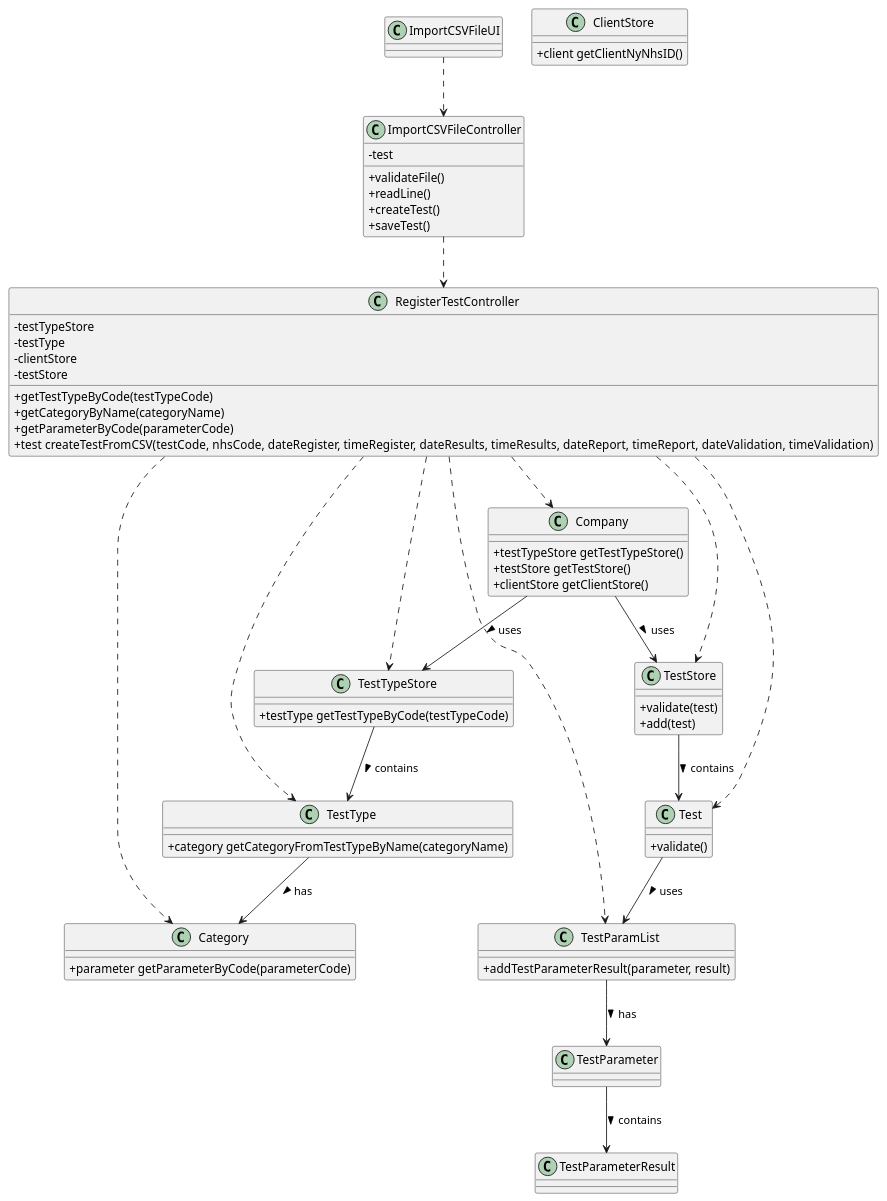
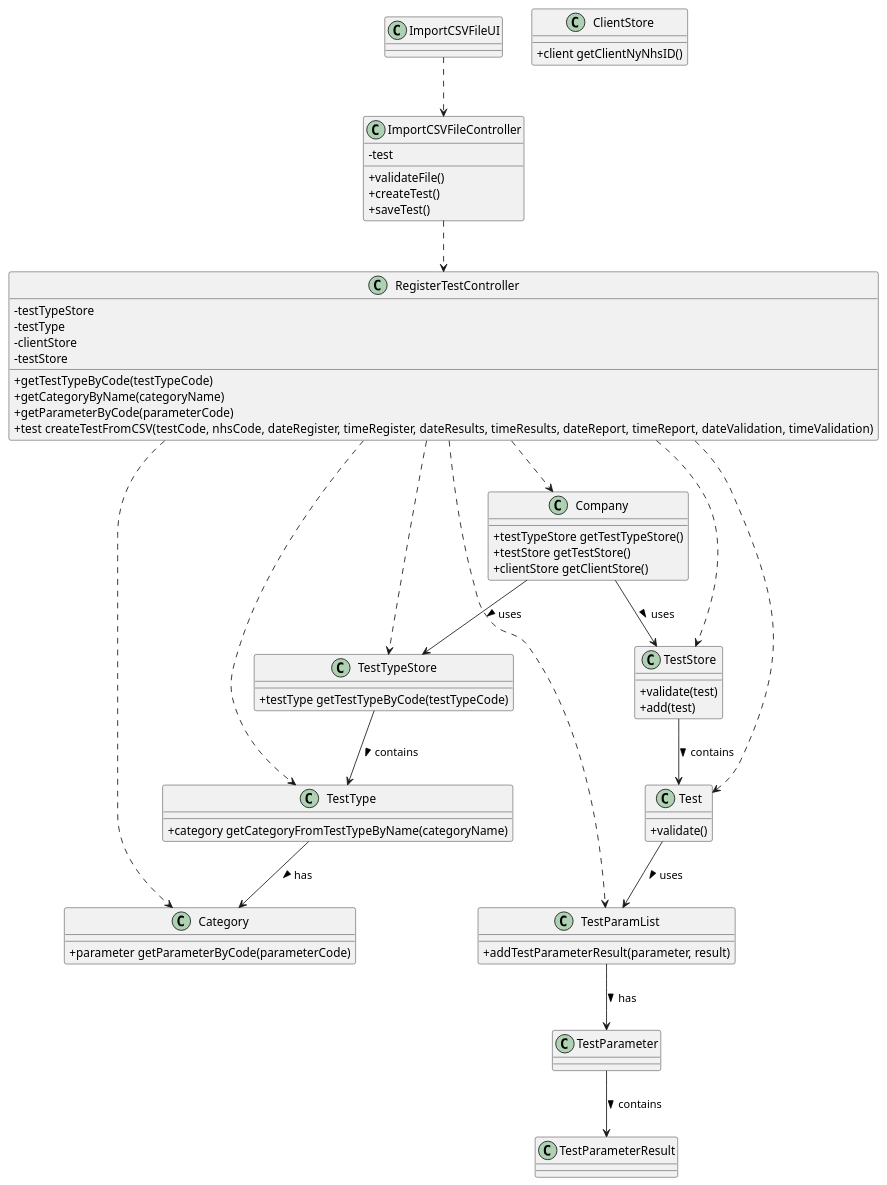
Before and after one commit to MadDinosaur/ISEP-LAPR2: the diagram in docs/SprintD/US17/US17_CD.puml, drawn with PlantUML. The commit also changed 3 other files, not shown here.

Commit message:
US17: changed the requirements file; changed the sequence diagram, class diagram and domain model.

```diff
--- a/docs/SprintD/US17/US17_CD.puml
+++ b/docs/SprintD/US17/US17_CD.puml
@@ -1,94 +1,93 @@
 @startuml
 
 skinparam classAttributeIconSize 0
 
 class ImportCSVFileUI
 
 class ImportCSVFileController {
 -test
 
 +validateFile()
-+readLine()
 +createTest()
 +saveTest()
 }
 
 class RegisterTestController {
 -testTypeStore
 -testType
 -clientStore
 -testStore
 
 +getTestTypeByCode(testTypeCode)
 +getCategoryByName(categoryName)
 +getParameterByCode(parameterCode)
 +test createTestFromCSV(testCode, nhsCode, dateRegister, timeRegister, dateResults, timeResults,  dateReport, timeReport,  dateValidation, timeValidation)
 
 }
 
 class Company {
 +testTypeStore getTestTypeStore()
 +testStore getTestStore()
 +clientStore getClientStore()
 }
 
 class TestTypeStore {
 +testType getTestTypeByCode(testTypeCode)
 }
 
 class TestStore {
 +validate(test)
 +add(test)
 }
 
 class Test {
 +validate()
 }
 
 class TestType {
 +category getCategoryFromTestTypeByName(categoryName)
 }
 
 class TestParameterResult
 
 class TestParamList {
 +addTestParameterResult(parameter, result)
 }
 
 class Category {
 +parameter getParameterByCode(parameterCode)
 }
 
 class TestParameter
 
 class ClientStore {
 +client getClientNyNhsID()
 }
 
 
 ImportCSVFileUI ..> ImportCSVFileController
 ImportCSVFileController ..> RegisterTestController
 
 Company -down-> TestStore: uses >
 Company -down-> TestTypeStore: uses >
 
 TestStore -down-> Test: contains >
 TestTypeStore -down-> TestType: contains >
 
 TestType -down-> Category: has >
 
 TestParameter -down-> TestParameterResult: contains >
 
 Test -down-> TestParamList: uses >
 
 TestParamList -down-> TestParameter: has >
 
 RegisterTestController ..> TestStore
 RegisterTestController ..> TestTypeStore
 RegisterTestController ..> TestParamList
 RegisterTestController ..> Test
 RegisterTestController ..> Company
 RegisterTestController ..> TestType
 RegisterTestController ..> Category
 
 @enduml
```
